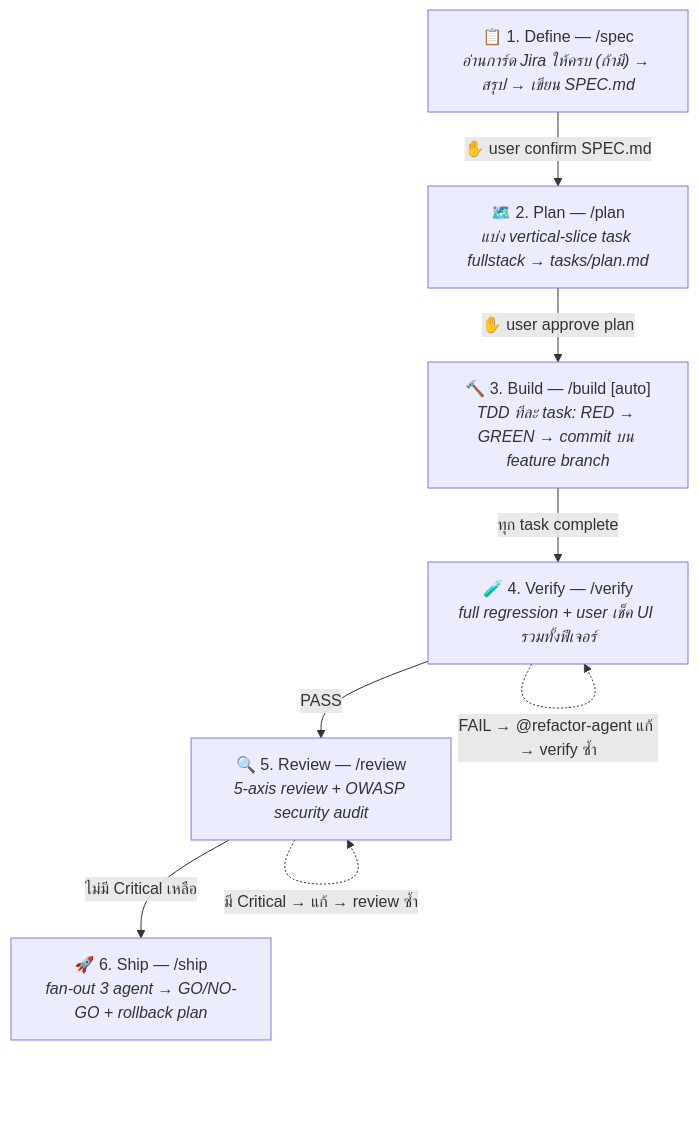
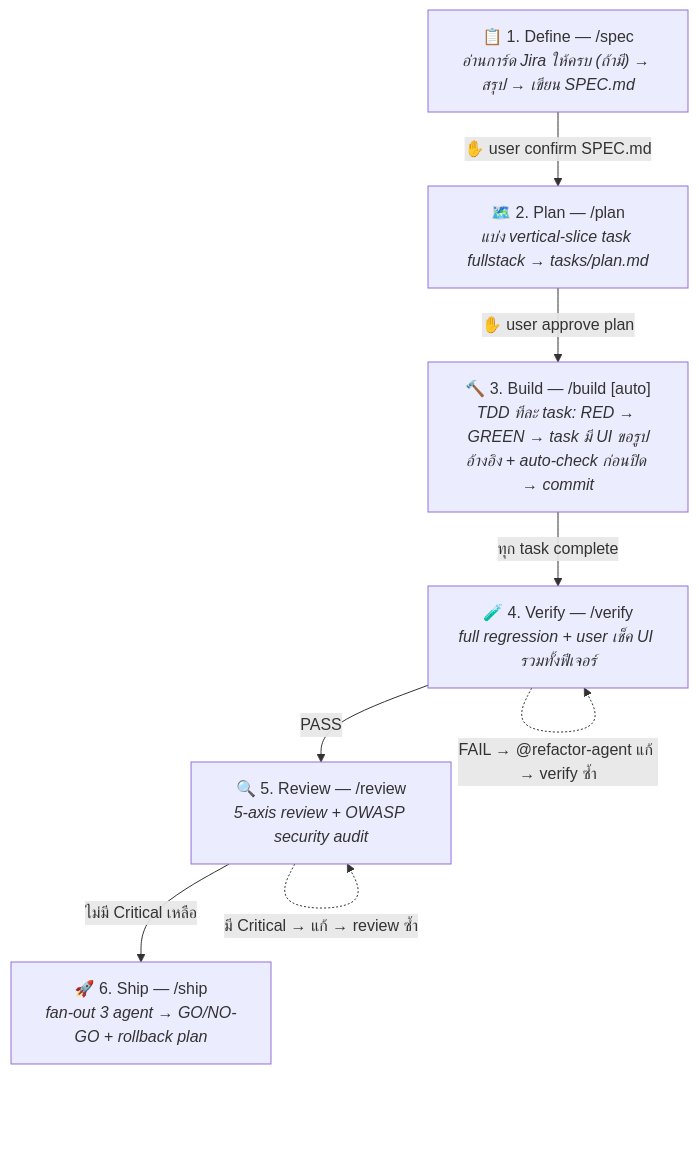
Before and after one commit to thitiwut00897/7-yod-kuman: the diagram in README.md, drawn with Mermaid. The commit also changed other lines of this file and 2 other files, not shown here.

First line of the commit message:
feat(build): add per-task UI reference-image flow with auto visual check

````diff
--- a/README.md
+++ b/README.md
@@ -34,17 +34,17 @@
 ```mermaid
 flowchart TD
     A["📋 1. Define — /spec<br/><i>อ่านการ์ด Jira ให้ครบ (ถ้ามี) → สรุป → เขียน SPEC.md</i>"]
     B["🗺️ 2. Plan — /plan<br/><i>แบ่ง vertical-slice task fullstack → tasks/plan.md</i>"]
-    C["🔨 3. Build — /build [auto]<br/><i>TDD ทีละ task: RED → GREEN → commit บน feature branch</i>"]
+    C["🔨 3. Build — /build [auto]<br/><i>TDD ทีละ task: RED → GREEN → task มี UI ขอรูปอ้างอิง + auto-check ก่อนปิด → commit</i>"]
     D["🧪 4. Verify — /verify<br/><i>full regression + user เช็ค UI รวมทั้งฟีเจอร์</i>"]
     E["🔍 5. Review — /review<br/><i>5-axis review + OWASP security audit</i>"]
     F["🚀 6. Ship — /ship<br/><i>fan-out 3 agent → GO/NO-GO + rollback plan</i>"]
 
     A -->|"✋ user confirm SPEC.md"| B
     B -->|"✋ user approve plan"| C
     C -->|"ทุก task complete"| D
     D -->|"PASS"| E
     D -.->|"FAIL → @refactor-agent แก้ → verify ซ้ำ"| D
     E -->|"ไม่มี Critical เหลือ"| F
     E -.->|"มี Critical → แก้ → review ซ้ำ"| E
 ```
````
